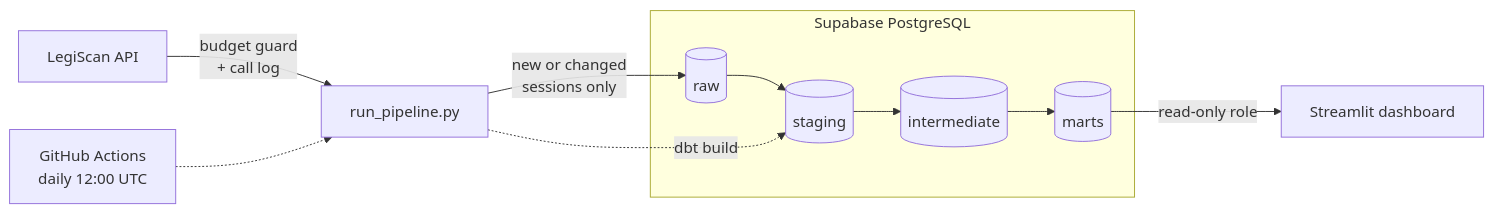
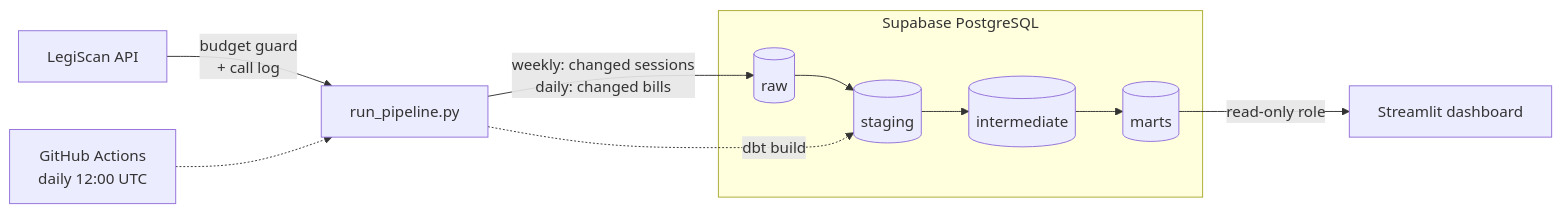
The diagram in README.md (777natalie/ok-legislative-tracker), drawn with Mermaid before and after one commit. The commit also changed other lines of this file and 168 other files, not shown here.

````diff
--- a/README.md
+++ b/README.md
@@ -26,11 +30,11 @@
 ```mermaid
 flowchart LR
     A[LegiScan API] -->|budget guard<br/>+ call log| B[run_pipeline.py]
     G[GitHub Actions<br/>daily 12:00 UTC] -.-> B
-    B -->|new or changed<br/>sessions only| C
+    B -->|weekly: changed sessions<br/>daily: changed bills| C
     subgraph S[Supabase PostgreSQL]
         C[(raw)] --> D[(staging)] --> E[(intermediate)] --> F[(marts)]
     end
     B -.->|dbt build| D
     F -->|read-only role| H[Streamlit dashboard]
 ```
````
